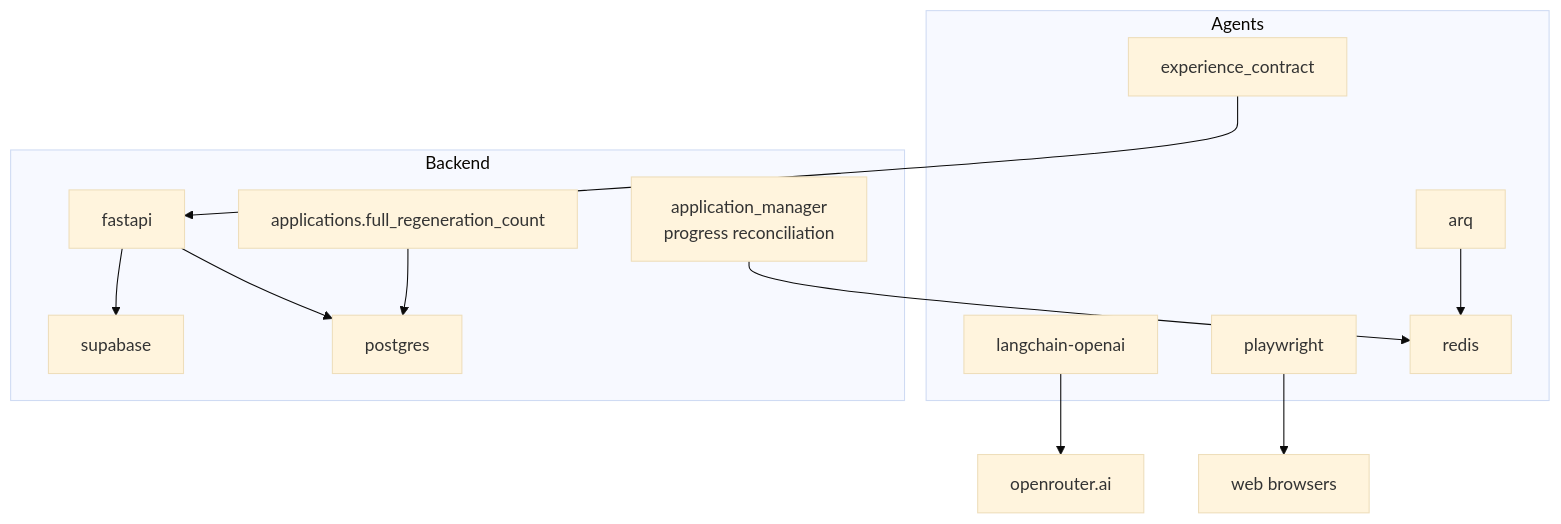
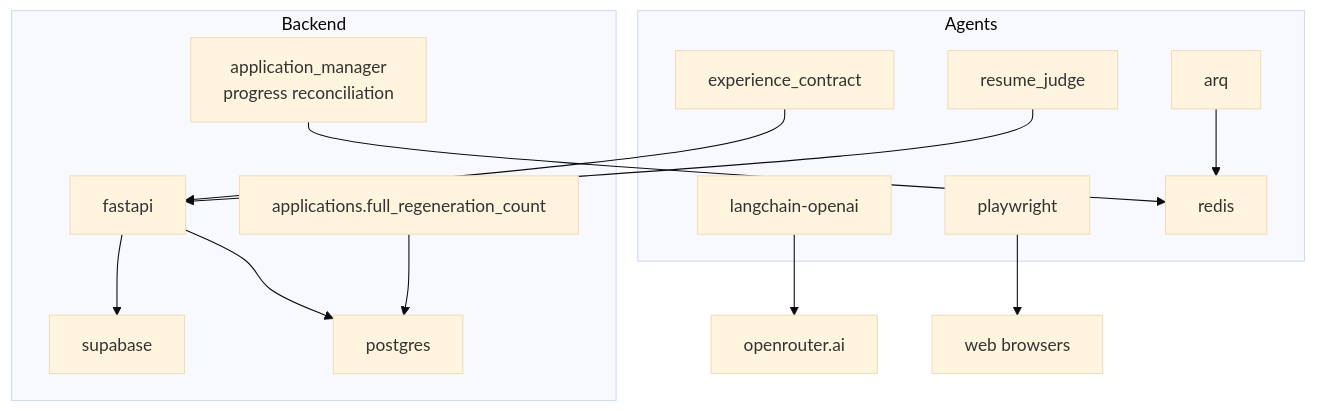
Before and after one commit to sankaL/resume-app: diagram 15 of 16 in .qoder/repowiki/en/content/AI Agent System/AI Agent System.md, drawn with Mermaid (base theme). The commit also changed other lines of this file and 7 other files, not shown here.

````diff
--- a/.qoder/repowiki/en/content/AI Agent System/AI Agent System.md
+++ b/.qoder/repowiki/en/content/AI Agent System/AI Agent System.md
@@ -662,25 +750,27 @@
 ```mermaid
 graph TB
 subgraph "Agents"
 ARQ["arq"]
 LC["langchain-openai"]
 PW["playwright"]
 REDIS["redis"]
 EC["experience_contract"]
+RJ["resume_judge"]
 end
 subgraph "Backend"
 FAST["fastapi"]
 SUP["supabase"]
 PG["postgres"]
 DB["applications.full_regeneration_count"]
 AM["application_manager<br/>progress reconciliation"]
 end
 ARQ --> REDIS
 LC --> OPENROUTER["openrouter.ai"]
 PW --> WEB["web browsers"]
 FAST --> SUP
 FAST --> PG
 DB --> PG
 EC --> FAST
+RJ --> FAST
 AM --> REDIS
 ```
````
